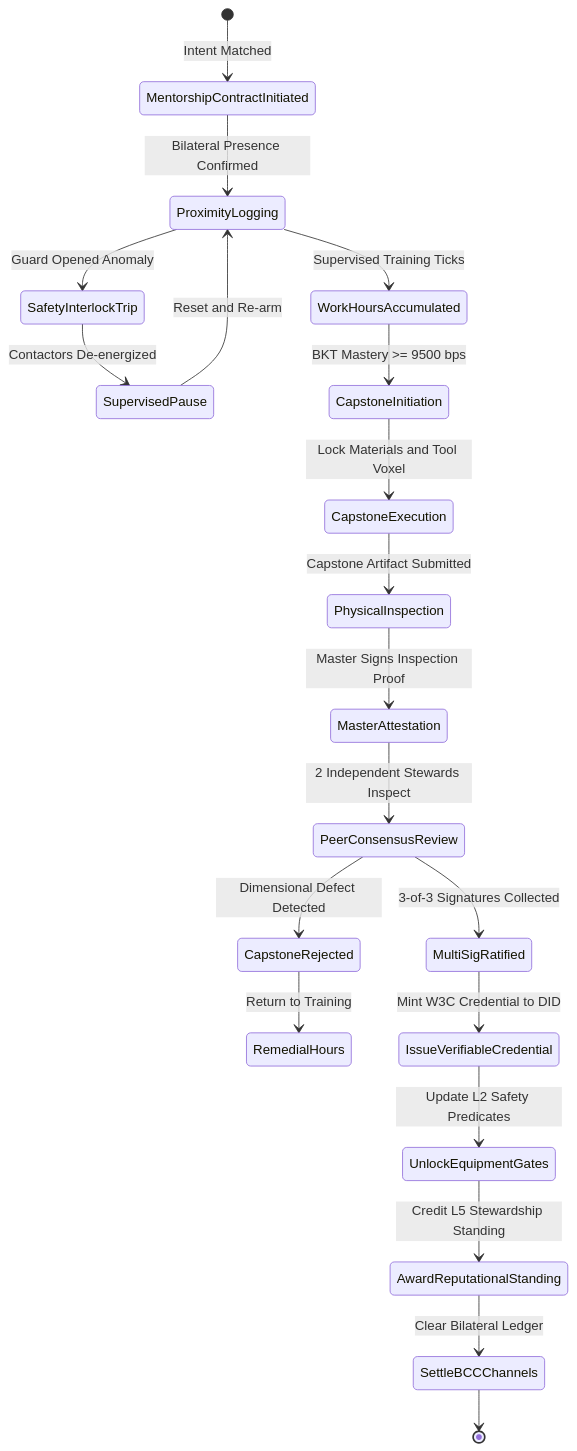
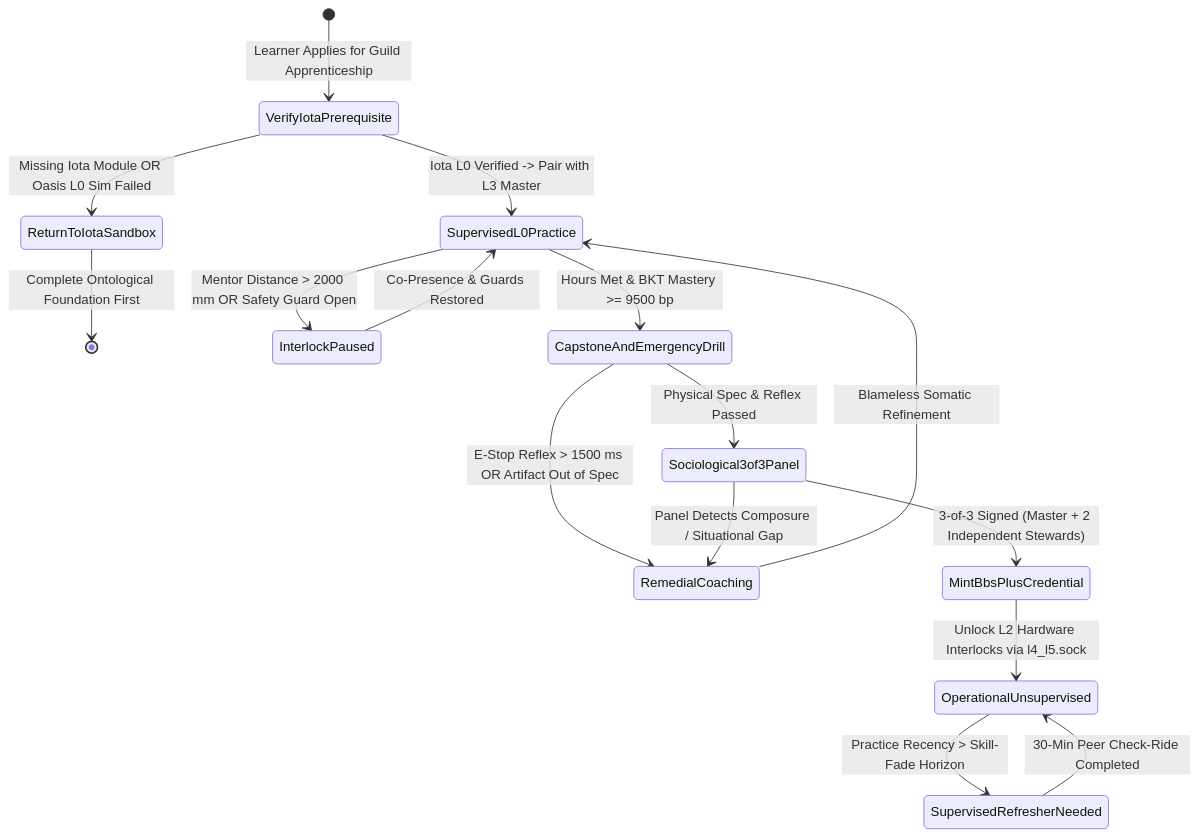
One commit to raffaine/collective changed the second of 2 diagrams in docs/scenarios/kappa_apprenticeship.md. Above: the diagram before and after it, drawn with Mermaid. The commit also changed other lines of this file and 10 other files, not shown here.

````diff
--- a/docs/scenarios/kappa_apprenticeship.md
+++ b/docs/scenarios/kappa_apprenticeship.md
@@ -88,22 +157,22 @@
 ```mermaid
 stateDiagram-v2
-    [*] --> MentorshipContractInitiated: Intent Matched
-    MentorshipContractInitiated --> ProximityLogging: Bilateral Presence Confirmed
-    ProximityLogging --> WorkHoursAccumulated: Supervised Training Ticks
-    ProximityLogging --> SafetyInterlockTrip: Guard Opened Anomaly
-    SafetyInterlockTrip --> SupervisedPause: Contactors De-energized
-    SupervisedPause --> ProximityLogging: Reset and Re-arm
-    WorkHoursAccumulated --> CapstoneInitiation: BKT Mastery >= 9500 bps
-    CapstoneInitiation --> CapstoneExecution: Lock Materials and Tool Voxel
-    CapstoneExecution --> PhysicalInspection: Capstone Artifact Submitted
-    PhysicalInspection --> MasterAttestation: Master Signs Inspection Proof
-    MasterAttestation --> PeerConsensusReview: 2 Independent Stewards Inspect
-    PeerConsensusReview --> CapstoneRejected: Dimensional Defect Detected
-    CapstoneRejected --> RemedialHours: Return to Training
-    PeerConsensusReview --> MultiSigRatified: 3-of-3 Signatures Collected
-    MultiSigRatified --> IssueVerifiableCredential: Mint W3C Credential to DID
-    IssueVerifiableCredential --> UnlockEquipmentGates: Update L2 Safety Predicates
-    UnlockEquipmentGates --> AwardReputationalStanding: Credit L5 Stewardship Standing
-    AwardReputationalStanding --> SettleBCCChannels: Clear Bilateral Ledger
-    SettleBCCChannels --> [*]
+    [*] --> VerifyIotaPrerequisite: Learner Applies for Guild Apprenticeship
+    VerifyIotaPrerequisite --> ReturnToIotaSandbox: Missing Iota Module OR Oasis L0 Sim Failed
+    ReturnToIotaSandbox --> [*]: Complete Ontological Foundation First
+
+    VerifyIotaPrerequisite --> SupervisedL0Practice: Iota L0 Verified -> Pair with L3 Master
+    SupervisedL0Practice --> InterlockPaused: Mentor Distance > 2000 mm OR Safety Guard Open
+    InterlockPaused --> SupervisedL0Practice: Co-Presence & Guards Restored
+
+    SupervisedL0Practice --> CapstoneAndEmergencyDrill: Hours Met & BKT Mastery >= 9500 bp
+    CapstoneAndEmergencyDrill --> RemedialCoaching: E-Stop Reflex > 1500 ms OR Artifact Out of Spec
+    RemedialCoaching --> SupervisedL0Practice: Blameless Somatic Refinement
+
+    CapstoneAndEmergencyDrill --> Sociological3of3Panel: Physical Spec & Reflex Passed
+    Sociological3of3Panel --> RemedialCoaching: Panel Detects Composure / Situational Gap
+    Sociological3of3Panel --> MintBbsPlusCredential: 3-of-3 Signed (Master + 2 Independent Stewards)
+
+    MintBbsPlusCredential --> OperationalUnsupervised: Unlock L2 Hardware Interlocks via l4_l5.sock
+    OperationalUnsupervised -->SupervisedRefresherNeeded: Practice Recency > Skill-Fade Horizon
+    SupervisedRefresherNeeded --> OperationalUnsupervised: 30-Min Peer Check-Ride Completed
 ```
````
